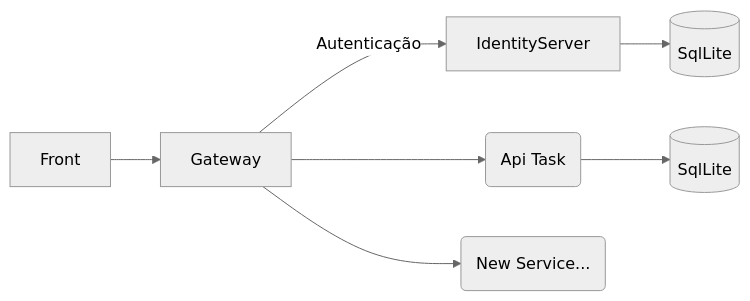
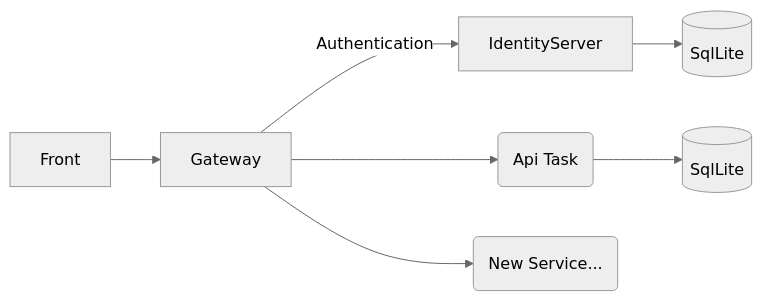
The diagram in README.md (AdrianoGuzzo/PontaChallenge), drawn with Mermaid (neutral theme) before and after one commit.

````diff
--- a/README.md
+++ b/README.md
@@ -96,9 +96,9 @@
 ```mermaid
 graph LR
 A[Front] --> B[Gateway]
-B -- Autenticação --> C[IdentityServer]
+B -- Authentication --> C[IdentityServer]
 B --> D(Api Task)
 B --> G(New Service...)
 D --> E[("SqlLite")]
 C --> F[("SqlLite")]
 ```
````
